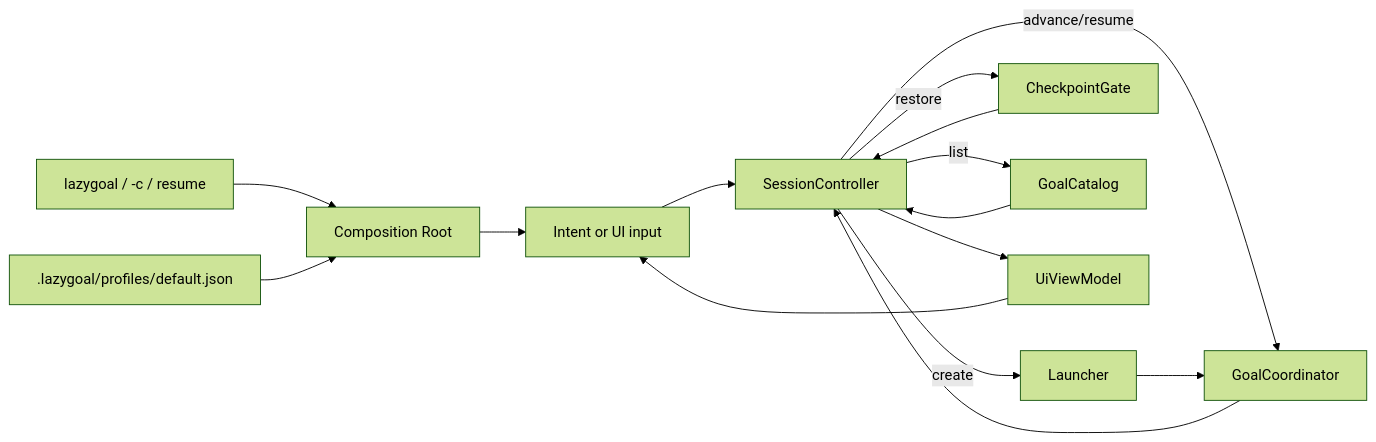
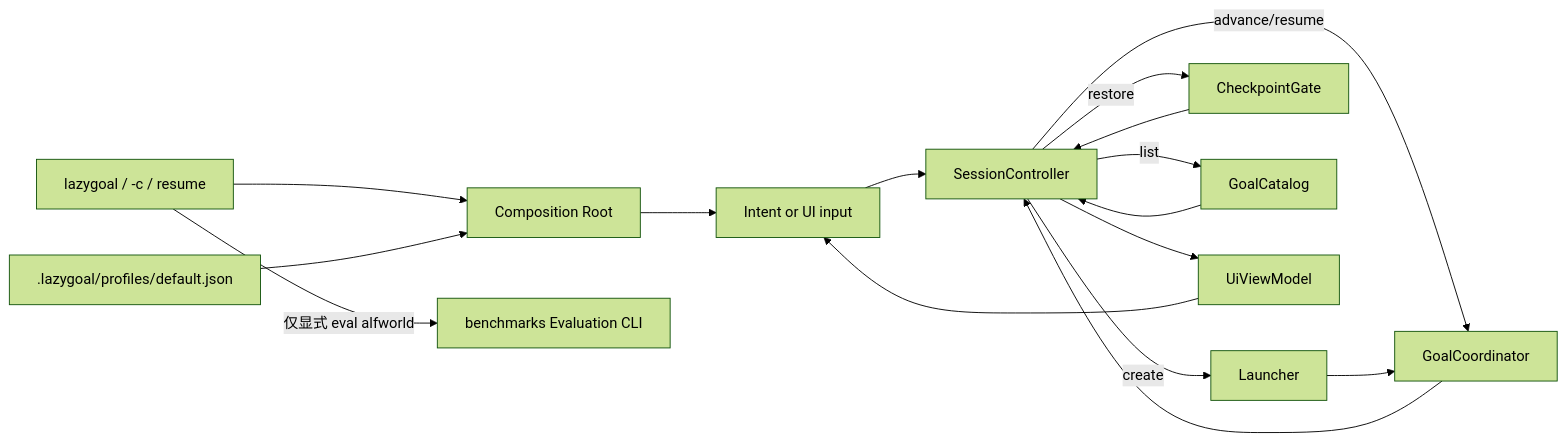
The diagram in docs/architecture/tui.md (ccasJay/LazyGoal), drawn with Mermaid (forest theme) before and after one commit. The commit also changed other lines of this file and 7 other files, not shown here.

Commit message:
feat(alfworld): 增加显式评测 CLI 与阈值报告

````diff
--- a/docs/architecture/tui.md
+++ b/docs/architecture/tui.md
@@ -26,17 +26,18 @@
 ```mermaid
 flowchart LR
     CLI[lazygoal / -c / resume] --> B[Composition Root]
+    CLI -->|仅显式 eval alfworld| E[benchmarks Evaluation CLI]
     P[.lazygoal/profiles/default.json] --> B
     B --> I[Intent or UI input]
     I --> C[SessionController]
     C -->|create| L[Launcher]
     C -->|restore| S[CheckpointGate]
     C -->|list| G[GoalCatalog]
     C -->|advance/resume| K[GoalCoordinator]
     L --> K
     S --> C
     G --> C
     K --> C
     C --> V[UiViewModel]
     V --> I
 ```
````
